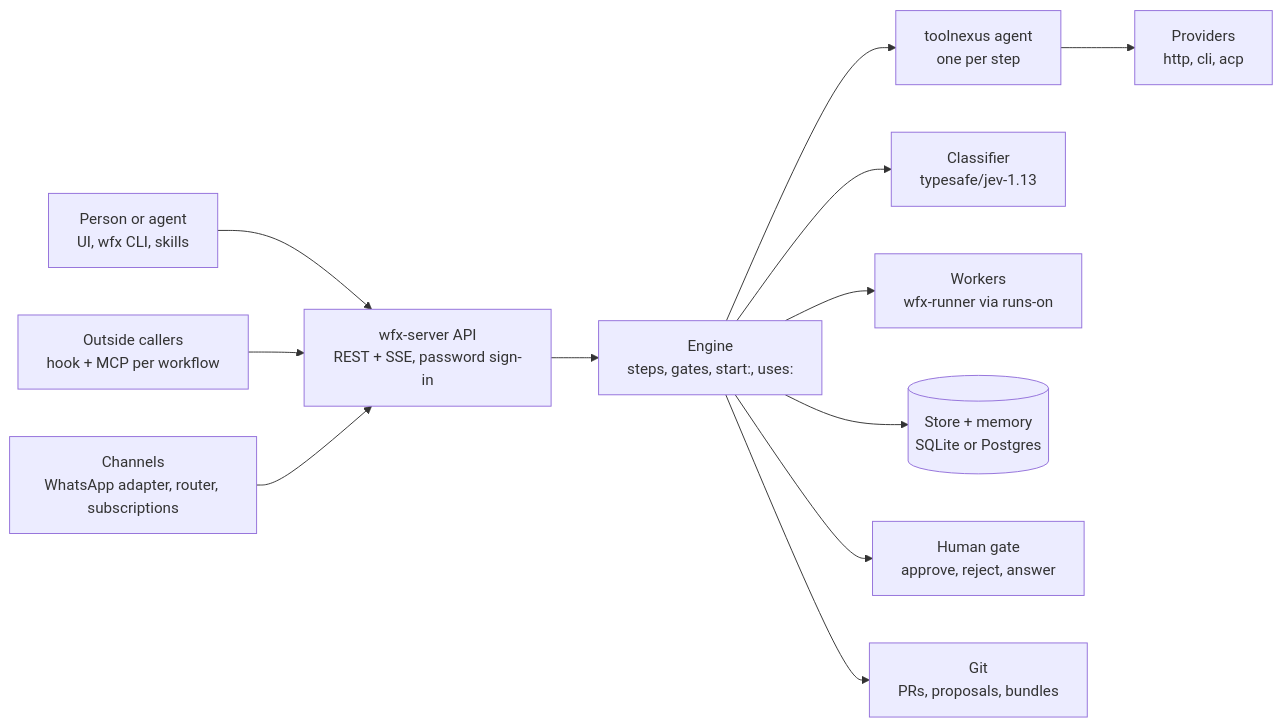
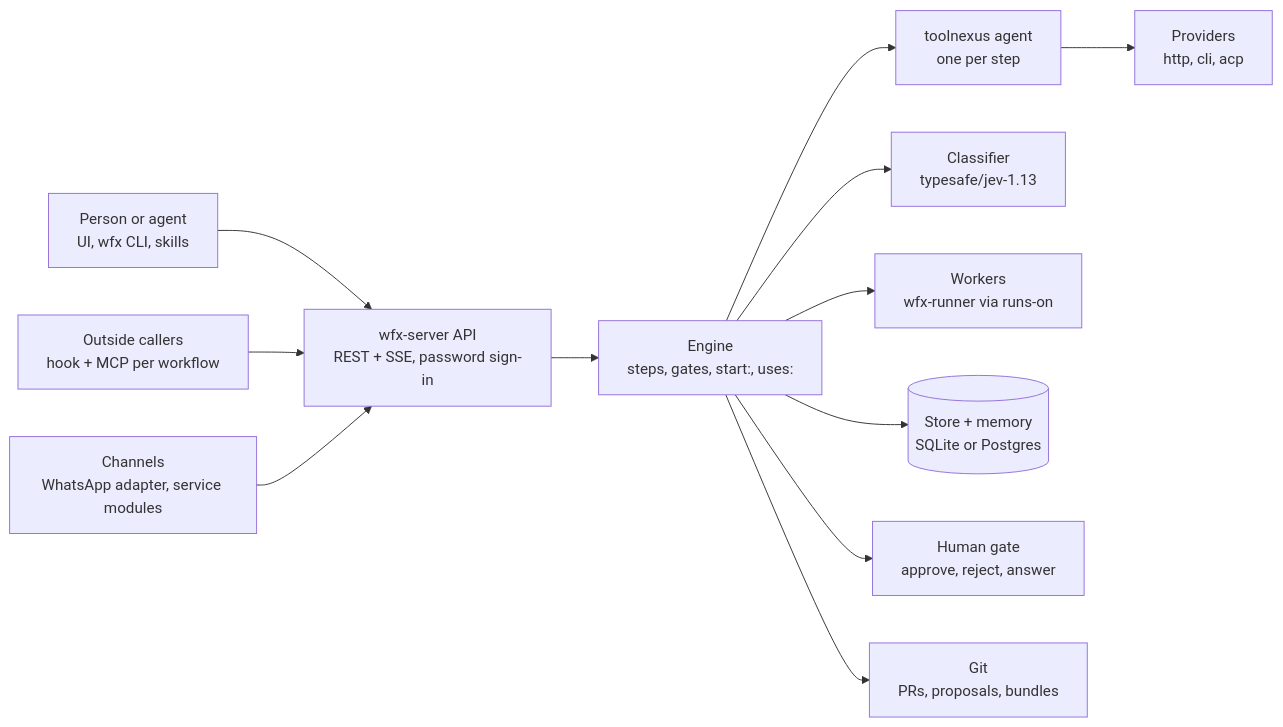
Before and after one commit to muthuishere/wfnexus: the diagram in ARCHITECTURE.md, drawn with Mermaid. The commit also changed other lines of this file and 51 other files, not shown here.

First line of the commit message:
Remove the in-engine subscriptions router (#104)

````diff
--- a/ARCHITECTURE.md
+++ b/ARCHITECTURE.md
@@ -5,14 +5,14 @@
 ```mermaid
 flowchart LR
   P[Person or agent<br/>UI, wfx CLI, skills] --> API[wfx-server API<br/>REST + SSE, password sign-in]
   EXT[Outside callers<br/>hook + MCP per workflow] --> API
-  CH[Channels<br/>WhatsApp adapter, router, subscriptions] --> API
+  CH[Channels<br/>WhatsApp adapter, service modules] --> API
   API --> ENG[Engine<br/>steps, gates, start:, uses:]
   ENG --> AG[toolnexus agent<br/>one per step]
   AG --> PROV[Providers<br/>http, cli, acp]
   ENG --> JEV[Classifier<br/>typesafe/jev-1.13]
   ENG --> W[Workers<br/>wfx-runner via runs-on]
   ENG --> DB[(Store + memory<br/>SQLite or Postgres)]
   ENG --> H[Human gate<br/>approve, reject, answer]
   ENG --> GIT[Git<br/>PRs, proposals, bundles]
 ```
````
